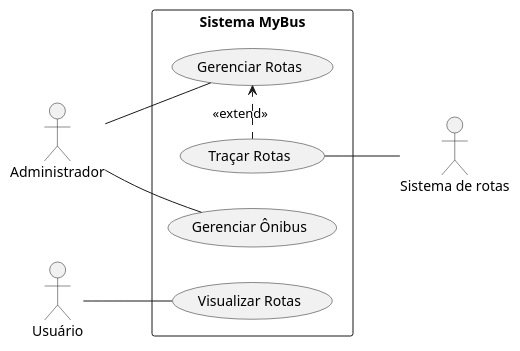
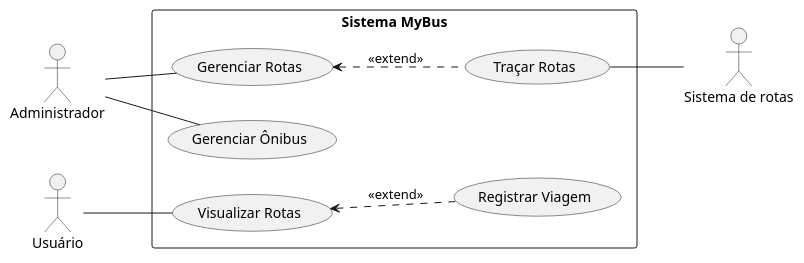
One commit to saames/mybus changed the diagram in docs/mybus_casos_de_uso.puml. Above: the diagram before and after it, drawn with PlantUML.

Commit message:
docs: adiciona 'Registrar Viagem' como caso de uso

```diff
--- a/docs/mybus_casos_de_uso.puml
+++ b/docs/mybus_casos_de_uso.puml
@@ -1,27 +1,29 @@
-@startuml sistema_mybus
+@startuml sistema_de_locacao_filmes
 
 left to right direction
 
 actor Administrador
 actor Usuário
 actor "Sistema de rotas"
 
 rectangle "Sistema MyBus" {
 
     (Visualizar Rotas)
     (Traçar Rotas)
     (Gerenciar Rotas)
     (Gerenciar Ônibus)
+    (Registrar Viagem)
     
 
     Usuário -- (Visualizar Rotas)
     Administrador -- (Gerenciar Rotas)
     Administrador -- (Gerenciar Ônibus)
     (Traçar Rotas) -- "Sistema de rotas"
-
-
-    (Traçar Rotas) .> (Gerenciar Rotas) : <<extend>>
+    
+    
+    (Visualizar Rotas) <.. (Registrar Viagem) : <<extend>>
+    (Gerenciar Rotas) <.. (Traçar Rotas) : <<extend>>
 
 }
 
 @enduml
```
